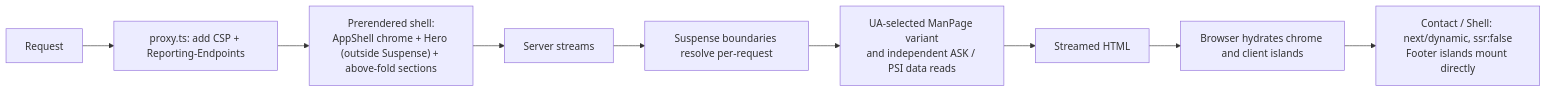
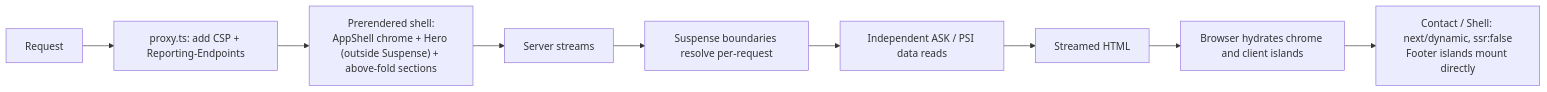
Before and after one commit to erikunha/portfolio: the third of 6 diagrams in docs/03-rendering-and-data-flow.md, drawn with Mermaid. The commit also changed other lines of this file and 54 other files, not shown here.

````diff
--- a/docs/03-rendering-and-data-flow.md
+++ b/docs/03-rendering-and-data-flow.md
@@ -75,11 +75,11 @@
 ```mermaid
 flowchart LR
     req["Request"] --> px["proxy.ts: add CSP + Reporting-Endpoints"]
     px --> shell["Prerendered shell:<br/>AppShell chrome + Hero (outside Suspense) + above-fold sections"]
     shell --> stream["Server streams"]
     stream --> susp["Suspense boundaries resolve per-request"]
-    susp --> dyn["UA-selected ManPage variant<br/>and independent ASK / PSI data reads"]
+    susp --> dyn["Independent ASK / PSI data reads"]
     dyn --> html2["Streamed HTML"]
     html2 --> hydrate["Browser hydrates chrome and client islands"]
     hydrate --> lazy["Contact / Shell: next/dynamic, ssr:false<br/>Footer islands mount directly"]
 ```
````
